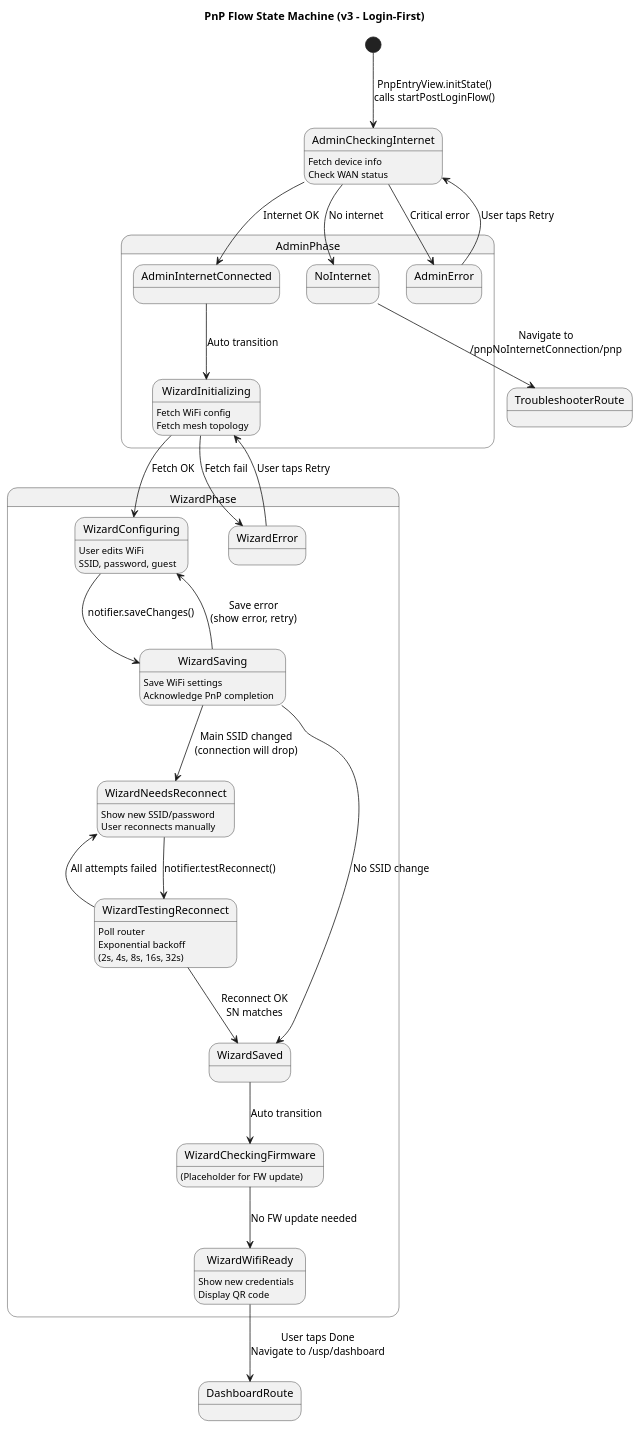
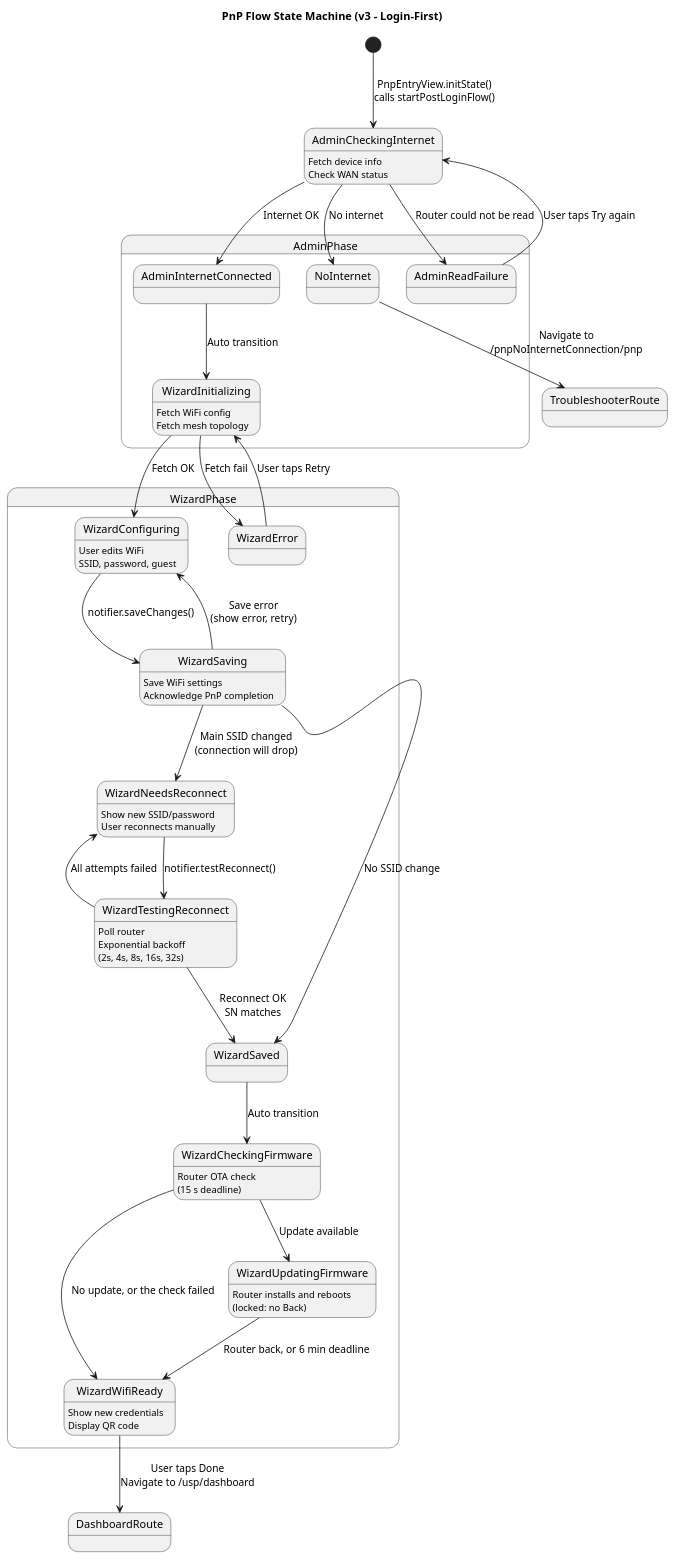
The first of 2 diagrams in doc/pnp/pnp-flow.md (linksys/PrivacyGUI), drawn with PlantUML before and after one commit. The commit also changed other lines of this file and 6 other files, not shown here.

First line of the commit message:
docs(instant-setup): stale descriptions after #1511 P1/P2, and one assertion that could not fail (#1511 review)

````diff
--- a/doc/pnp/pnp-flow.md
+++ b/doc/pnp/pnp-flow.md
@@ -18,57 +18,60 @@
 ```plantuml
 @startuml
 title PnP Flow State Machine (v3 - Login-First)
 
 ' ═══════════════════════════════════════════════════════════════
 ' Entry: User already logged in via LoginLocalView
 ' router_provider._prepare() → PnpStatusService.check()
 ' If needsPnp=true → navigate to /pnp (PnpEntryView)
 ' ═══════════════════════════════════════════════════════════════
 
 [*] --> AdminCheckingInternet : PnpEntryView.initState()\ncalls startPostLoginFlow()
 
 state AdminPhase {
     AdminCheckingInternet : Fetch device info\nCheck WAN status
     AdminCheckingInternet --> AdminInternetConnected : Internet OK
     AdminCheckingInternet --> NoInternet : No internet
-    AdminCheckingInternet --> AdminError : Critical error
+    AdminCheckingInternet --> AdminReadFailure : Router could not be read
 
     AdminInternetConnected --> WizardInitializing : Auto transition
-    AdminError --> AdminCheckingInternet : User taps Retry
+    AdminReadFailure --> AdminCheckingInternet : User taps Try again
 }
 
 NoInternet --> TroubleshooterRoute <<end>> : Navigate to\n/pnpNoInternetConnection/pnp
 
 state WizardPhase {
     WizardInitializing : Fetch WiFi config\nFetch mesh topology
     WizardInitializing --> WizardConfiguring : Fetch OK
     WizardInitializing --> WizardError : Fetch fail
 
     WizardConfiguring : User edits WiFi\nSSID, password, guest
     WizardConfiguring --> WizardSaving : notifier.saveChanges()
 
     WizardSaving : Save WiFi settings\nAcknowledge PnP completion
     WizardSaving --> WizardNeedsReconnect : Main SSID changed\n(connection will drop)
     WizardSaving --> WizardSaved : No SSID change
     WizardSaving --> WizardConfiguring : Save error\n(show error, retry)
 
     WizardSaved --> WizardCheckingFirmware : Auto transition
 
     WizardNeedsReconnect : Show new SSID/password\nUser reconnects manually
     WizardNeedsReconnect --> WizardTestingReconnect : notifier.testReconnect()
 
     WizardTestingReconnect : Poll router\nExponential backoff\n(2s, 4s, 8s, 16s, 32s)
     WizardTestingReconnect --> WizardSaved : Reconnect OK\nSN matches
     WizardTestingReconnect --> WizardNeedsReconnect : All attempts failed
 
-    WizardCheckingFirmware : (Placeholder for FW update)
-    WizardCheckingFirmware --> WizardWifiReady : No FW update needed
+    WizardCheckingFirmware : Router OTA check\n(15 s deadline)
+    WizardCheckingFirmware --> WizardWifiReady : No update, or the check failed
+    WizardCheckingFirmware --> WizardUpdatingFirmware : Update available
+    WizardUpdatingFirmware : Router installs and reboots\n(locked: no Back)
+    WizardUpdatingFirmware --> WizardWifiReady : Router back, or 6 min deadline
 
     WizardWifiReady : Show new credentials\nDisplay QR code
     WizardError --> WizardInitializing : User taps Retry
 }
 
 WizardWifiReady --> DashboardRoute <<end>> : User taps Done\nNavigate to /usp/dashboard
 
 @enduml
 ```
````
